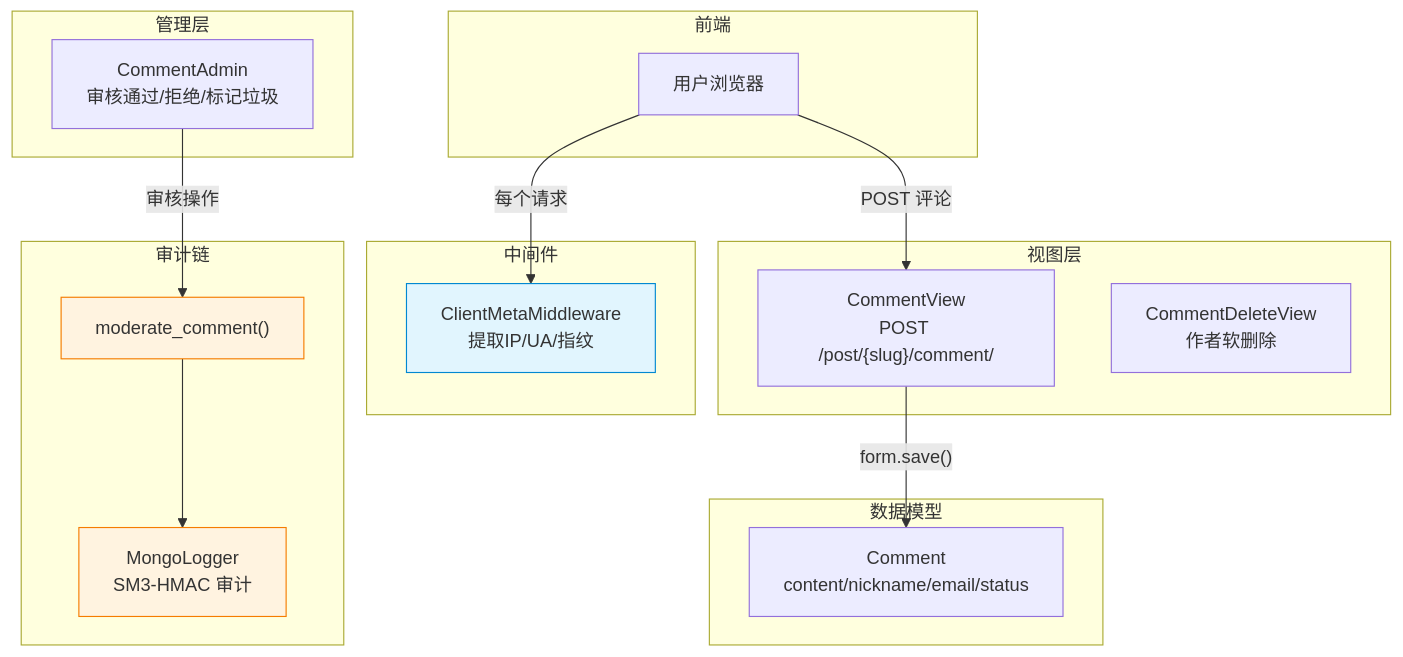
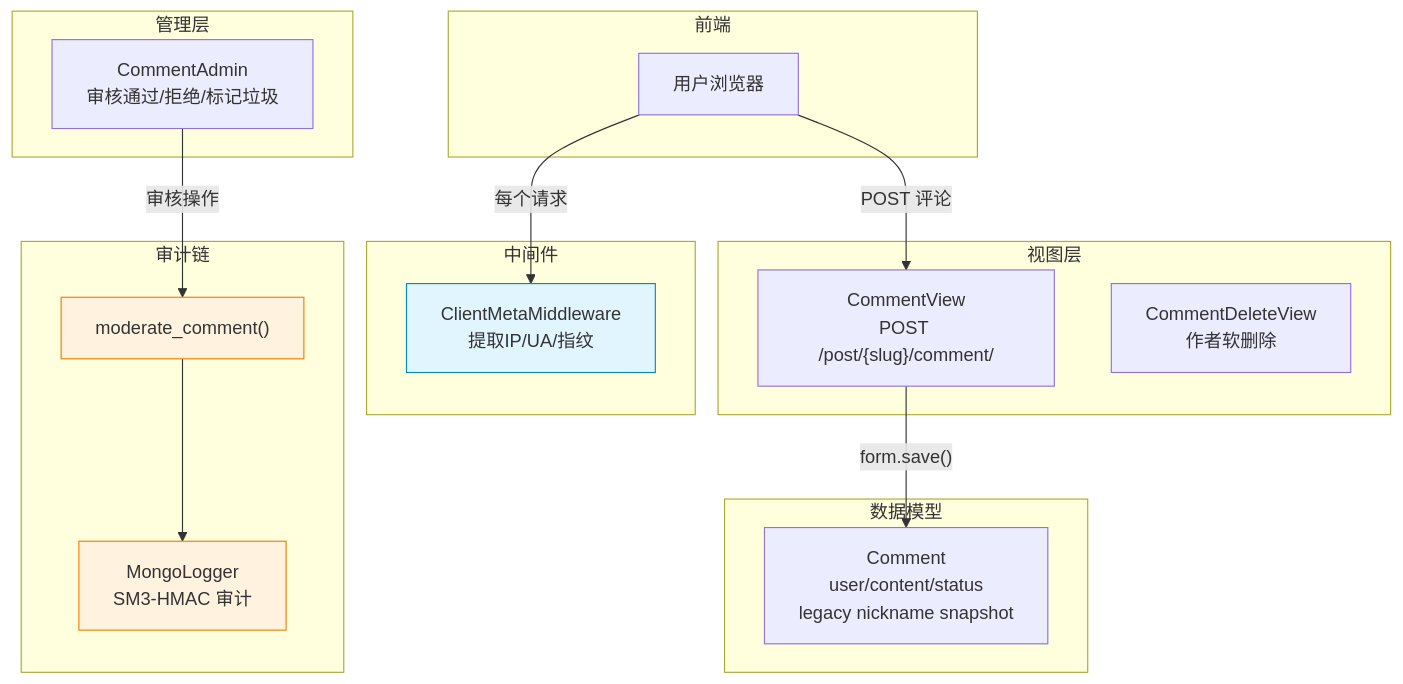
One commit to se-veN714/PowerAdapterBlogs changed the first of 7 diagrams in comment/DEVELOPMENT.md. Above: the diagram before and after it, drawn with Mermaid. The commit also changed other lines of this file and 83 other files, not shown here.

````diff
--- a/comment/DEVELOPMENT.md
+++ b/comment/DEVELOPMENT.md
@@ -26,38 +27,38 @@
 ```mermaid
 flowchart TD
     subgraph frontend["前端"]
         USER["用户浏览器"]
     end
 
     subgraph middleware["中间件"]
         CMM["ClientMetaMiddleware<br/>提取IP/UA/指纹"]
     end
 
     subgraph views["视图层"]
         CV["CommentView<br/>POST /post/{slug}/comment/"]
         CDV["CommentDeleteView<br/>作者软删除"]
     end
 
     subgraph models["数据模型"]
-        CM["Comment<br/>content/nickname/email/status"]
+        CM["Comment<br/>user/content/status<br/>legacy nickname snapshot"]
     end
 
     subgraph admin["管理层"]
         CA["CommentAdmin<br/>审核通过/拒绝/标记垃圾"]
     end
 
     subgraph security["审计链"]
         MOD["moderate_comment()"]
         ML["MongoLogger<br/>SM3-HMAC 审计"]
     end
 
     USER -->|"每个请求"| CMM
     USER -->|"POST 评论"| CV
     CV -->|"form.save()"| CM
     CA -->|"审核操作"| MOD
     MOD --> ML
 
     style CMM fill:#e1f5fe,stroke:#0288d1
     style MOD fill:#fff3e0,stroke:#f57c00
     style ML fill:#fff3e0,stroke:#f57c00
 ```
````
